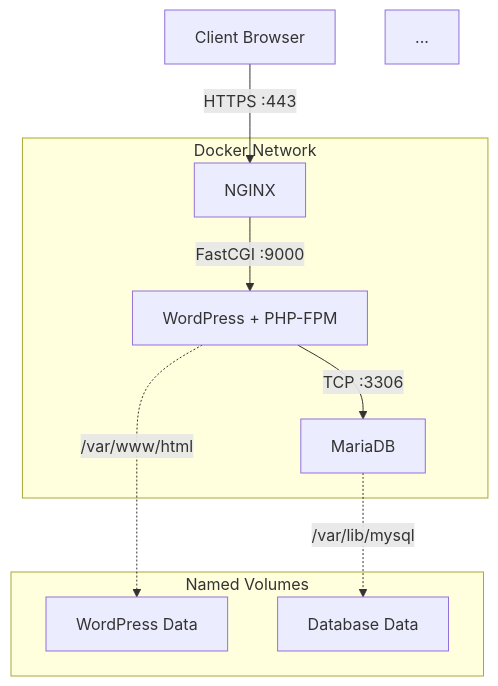
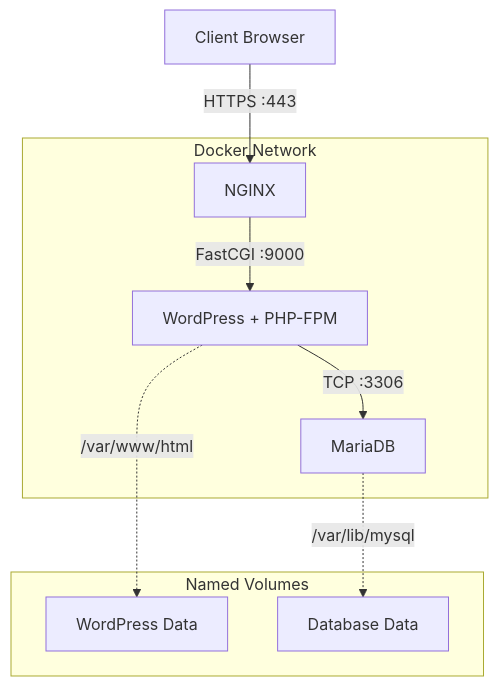
One commit to pmachado364/Inception changed the diagram in README.md. Above: the diagram before and after it, drawn with Mermaid.

Commit message:
Remove unnecessary ellipsis from the architecture diagram section in README.md

````diff
--- a/README.md
+++ b/README.md
@@ -36,16 +36,15 @@
 ```mermaid
 graph TD
 
     Client["Client Browser"] -->|HTTPS :443| NGINX["NGINX"]
 
     subgraph Internal_Network["Docker Network"]
         NGINX -->|FastCGI :9000| WP["WordPress + PHP-FPM"]
         WP -->|TCP :3306| DB["MariaDB"]
     end
 
     subgraph Persistent_Storage["Named Volumes"]
         WP -.->|/var/www/html| VolWP["WordPress Data"]
         DB -.->|/var/lib/mysql| VolDB["Database Data"]
     end
-...
 ```
````
